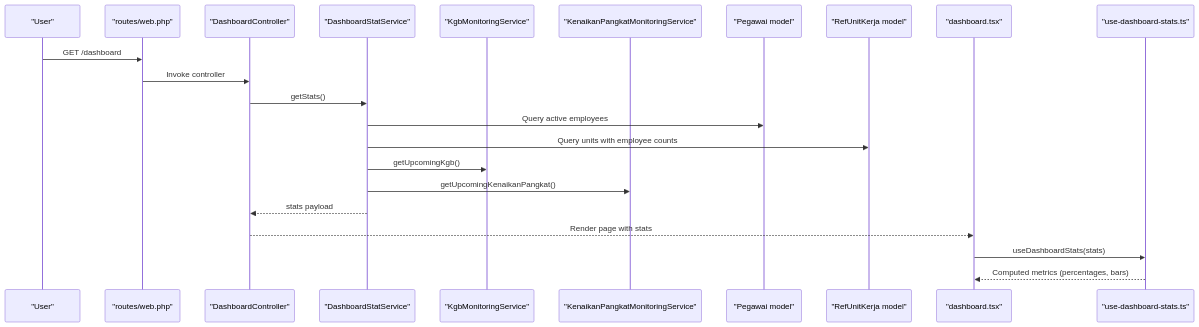
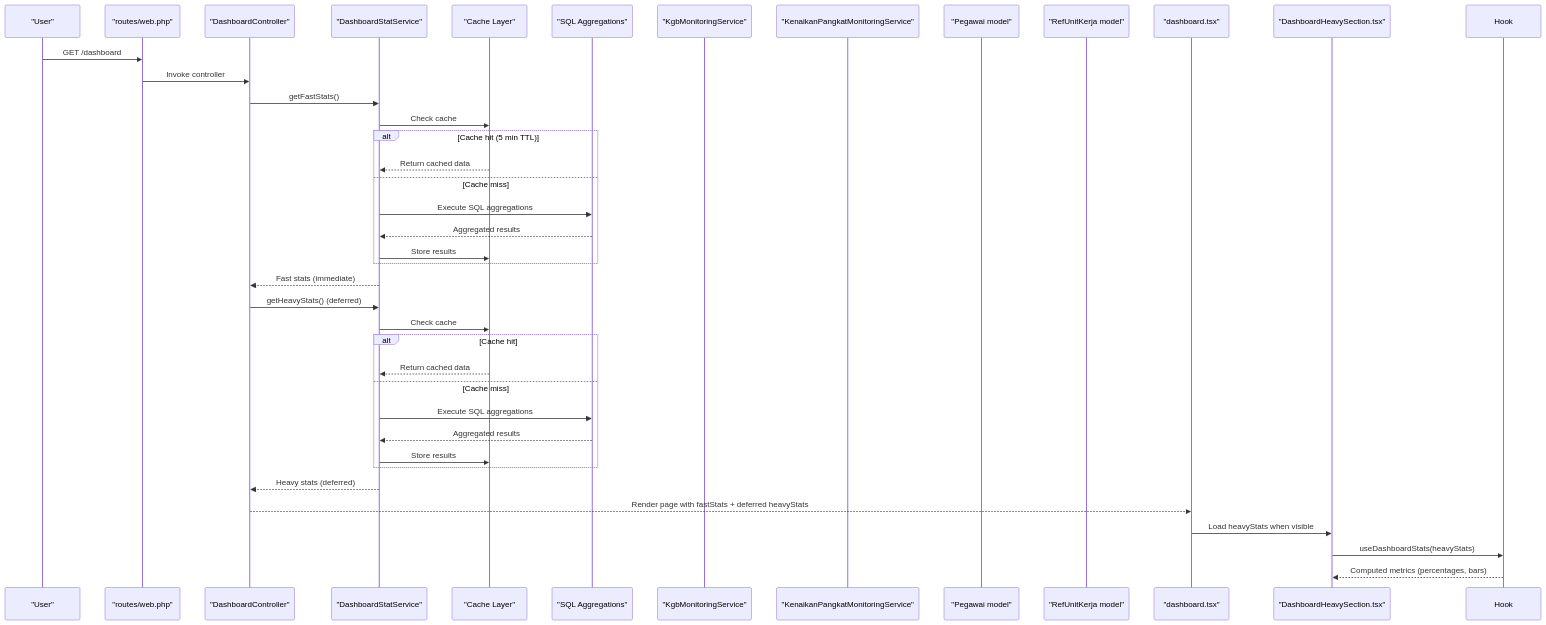
One commit to PA-Penajam/kepegawaian_apps changed the second of 5 diagrams in .qoder/repowiki/en/content/Monitoring and Analytics System/Dashboard Analytics and Statistics.md. Above: the diagram before and after it, drawn with Mermaid. The commit also changed other lines of this file and 22 other files, not shown here.

````diff
--- a/.qoder/repowiki/en/content/Monitoring and Analytics System/Dashboard Analytics and Statistics.md
+++ b/.qoder/repowiki/en/content/Monitoring and Analytics System/Dashboard Analytics and Statistics.md
@@ -119,24 +142,41 @@
 ```mermaid
 sequenceDiagram
 participant U as "User"
 participant RT as "routes/web.php"
 participant DC as "DashboardController"
 participant DSS as "DashboardStatService"
+participant CACHE as "Cache Layer"
+participant SQL as "SQL Aggregations"
 participant KGB as "KgbMonitoringService"
 participant KP as "KenaikanPangkatMonitoringService"
 participant PM as "Pegawai model"
 participant RK as "RefUnitKerja model"
 participant PG as "dashboard.tsx"
-participant HK as "use-dashboard-stats.ts"
+participant HS as "DashboardHeavySection.tsx"
 U->>RT : GET /dashboard
 RT->>DC : Invoke controller
-DC->>DSS : getStats()
-DSS->>PM : Query active employees
-DSS->>RK : Query units with employee counts
-DSS->>KGB : getUpcomingKgb()
-DSS->>KP : getUpcomingKenaikanPangkat()
-DSS-->>DC : stats payload
-DC-->>PG : Render page with stats
-PG->>HK : useDashboardStats(stats)
-HK-->>PG : Computed metrics (percentages, bars)
+DC->>DSS : getFastStats()
+DSS->>CACHE : Check cache
+alt Cache hit (5 min TTL)
+CACHE-->>DSS : Return cached data
+else Cache miss
+DSS->>SQL : Execute SQL aggregations
+SQL-->>DSS : Aggregated results
+DSS->>CACHE : Store results
+end
+DSS-->>DC : Fast stats (immediate)
+DC->>DSS : getHeavyStats() (deferred)
+DSS->>CACHE : Check cache
+alt Cache hit
+CACHE-->>DSS : Return cached data
+else Cache miss
+DSS->>SQL : Execute SQL aggregations
+SQL-->>DSS : Aggregated results
+DSS->>CACHE : Store results
+end
+DSS-->>DC : Heavy stats (deferred)
+DC-->>PG : Render page with fastStats + deferred heavyStats
+PG->>HS : Load heavyStats when visible
+HS->>Hook : useDashboardStats(heavyStats)
+Hook-->>HS : Computed metrics (percentages, bars)
 ```
````
